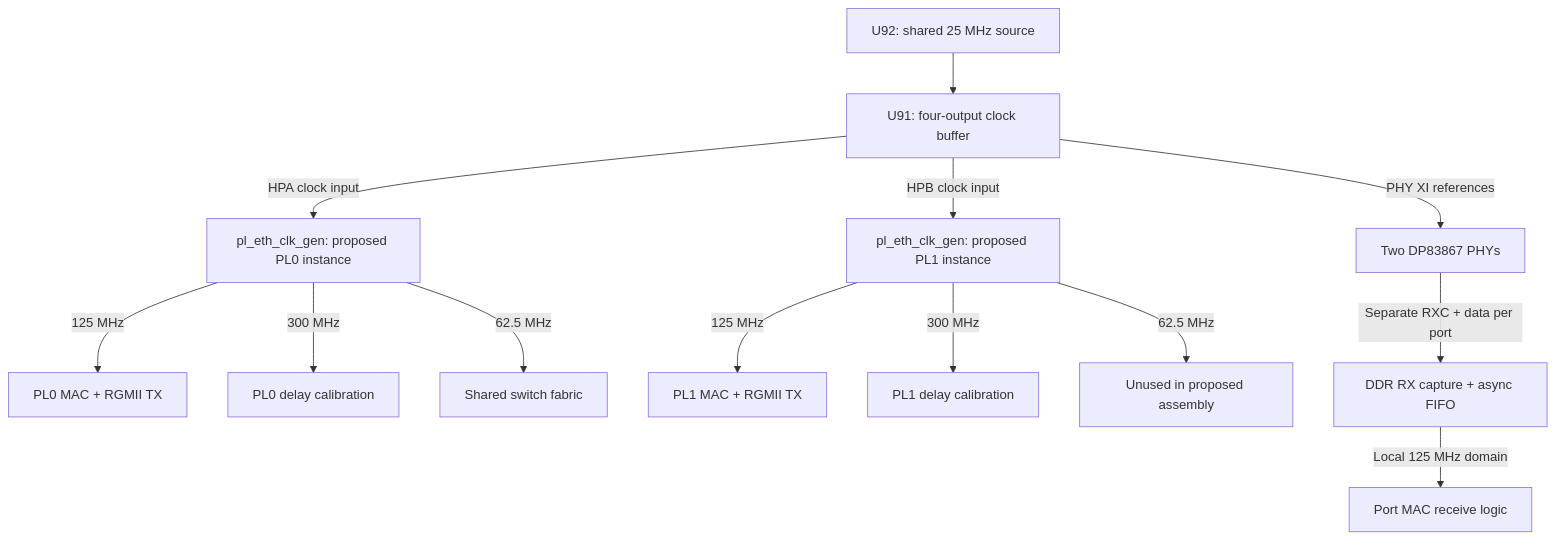
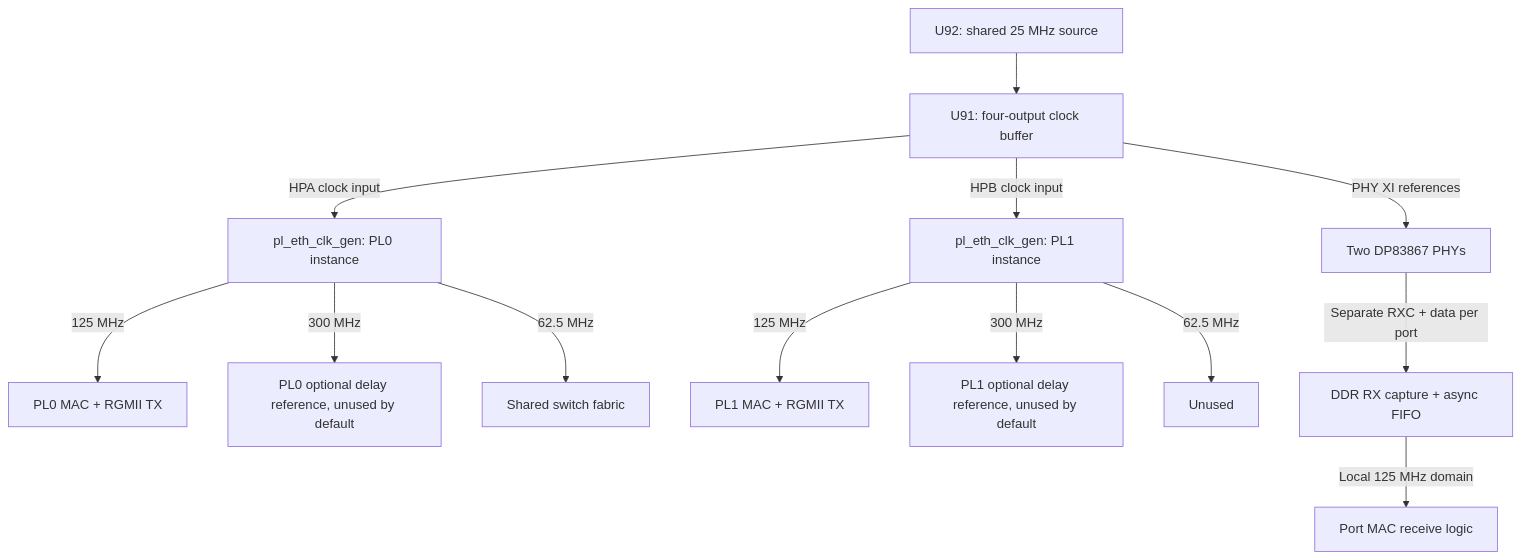
Before and after one commit to GhlHub/open_ethernet_switch: the diagram in docs/board-integration.md, drawn with Mermaid. The commit also changed other lines of this file and 28 other files, not shown here.

````diff
--- a/docs/board-integration.md
+++ b/docs/board-integration.md
@@ -57,15 +59,15 @@
 ```mermaid
 flowchart TB
     OSC["U92: shared 25 MHz source"] --> BUF["U91: four-output clock buffer"]
-    BUF -->|HPA clock input| C0["pl_eth_clk_gen: proposed PL0 instance"]
-    BUF -->|HPB clock input| C1["pl_eth_clk_gen: proposed PL1 instance"]
+    BUF -->|HPA clock input| C0["pl_eth_clk_gen: PL0 instance"]
+    BUF -->|HPB clock input| C1["pl_eth_clk_gen: PL1 instance"]
     BUF -->|PHY XI references| PHY["Two DP83867 PHYs"]
     C0 -->|125 MHz| P0["PL0 MAC + RGMII TX"]
     C1 -->|125 MHz| P1["PL1 MAC + RGMII TX"]
-    C0 -->|300 MHz| D0["PL0 delay calibration"]
-    C1 -->|300 MHz| D1["PL1 delay calibration"]
+    C0 -->|300 MHz| D0["PL0 optional delay reference, unused by default"]
+    C1 -->|300 MHz| D1["PL1 optional delay reference, unused by default"]
     C0 -->|62.5 MHz| FAB["Shared switch fabric"]
-    C1 -->|62.5 MHz| UNUSED["Unused in proposed assembly"]
+    C1 -->|62.5 MHz| UNUSED["Unused"]
     PHY -->|Separate RXC + data per port| RX["DDR RX capture + async FIFO"]
     RX -->|Local 125 MHz domain| MAC["Port MAC receive logic"]
 ```
````
